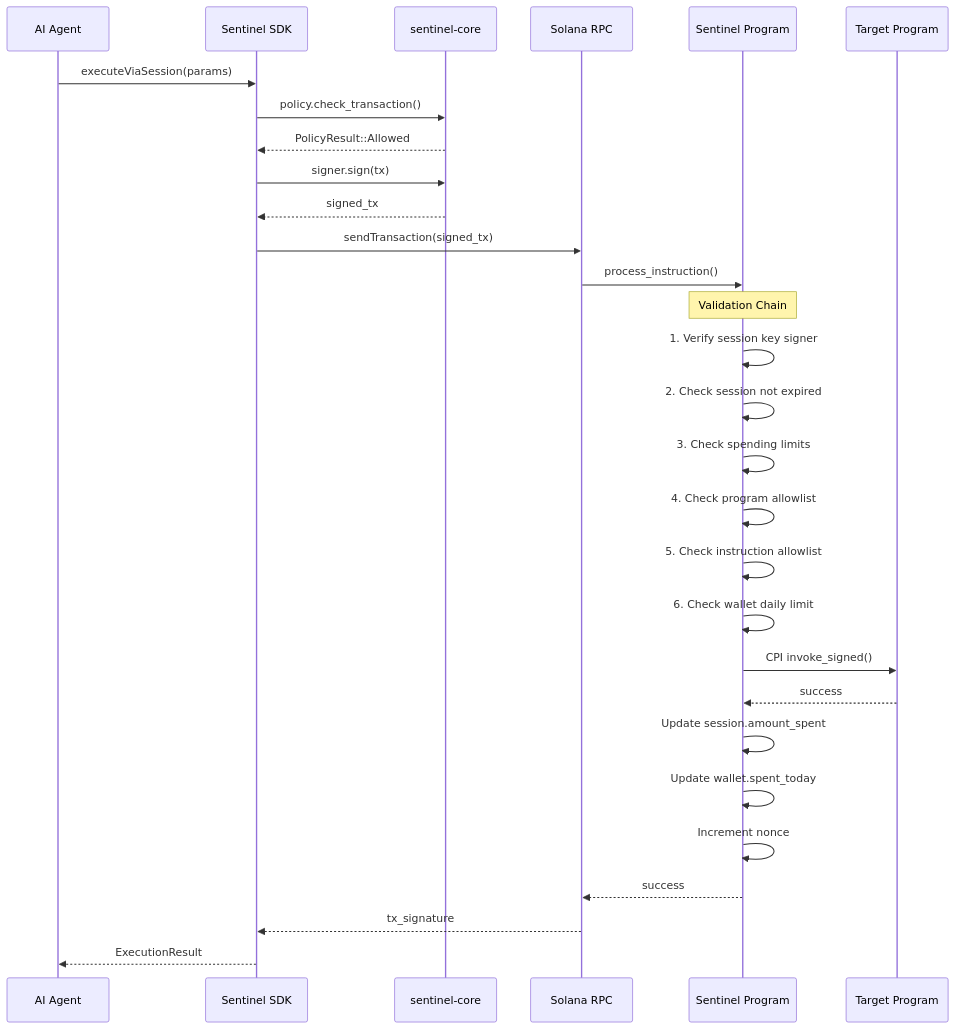
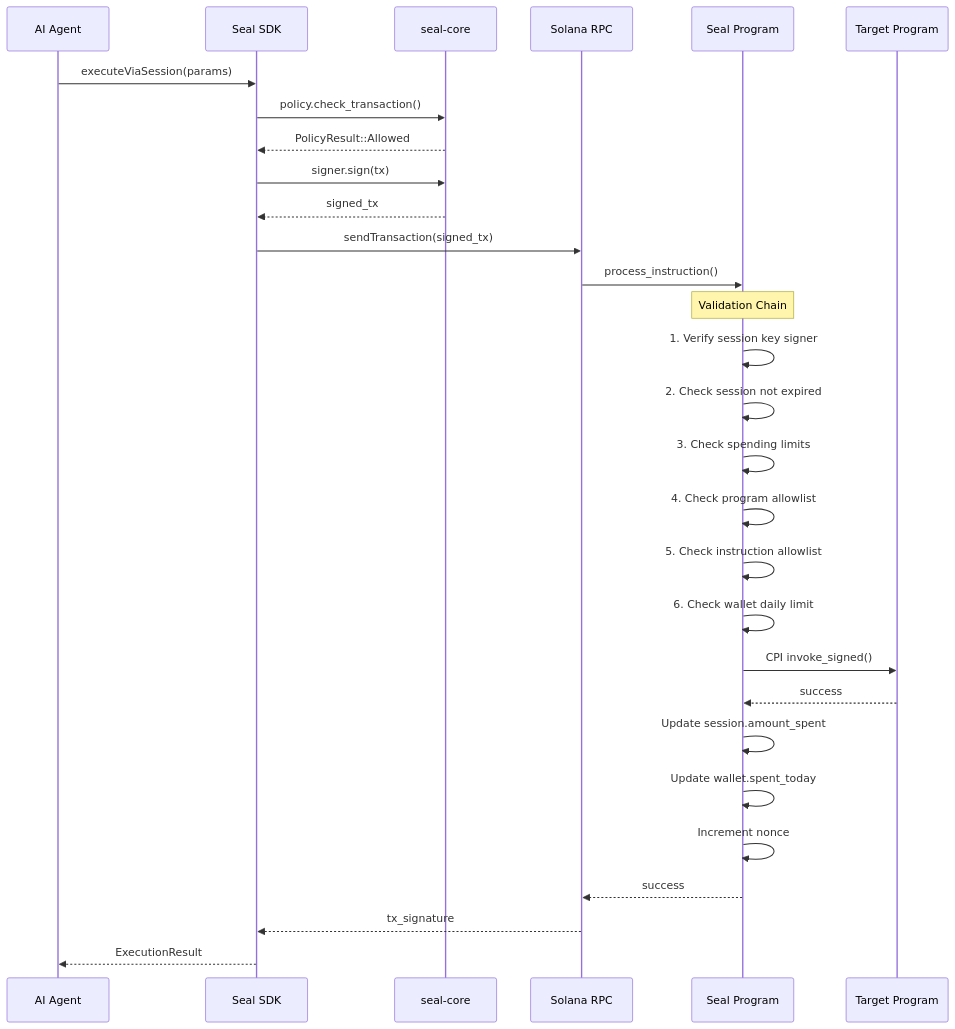
The third of 8 diagrams in ARCHITECTURE.md (Immadominion/sentinel), drawn with Mermaid before and after one commit. The commit also changed other lines of this file and 176 other files, not shown here.

Commit message:
REVAMP/ change name from Sentinel to Seal

````diff
--- a/ARCHITECTURE.md
+++ b/ARCHITECTURE.md
@@ -288,38 +288,38 @@
 ```mermaid
 sequenceDiagram
     participant Agent as AI Agent
-    participant SDK as Sentinel SDK
-    participant Core as sentinel-core
+    participant SDK as Seal SDK
+    participant Core as seal-core
     participant RPC as Solana RPC
-    participant Program as Sentinel Program
+    participant Program as Seal Program
     participant Target as Target Program
 
     Agent->>SDK: executeViaSession(params)
     SDK->>Core: policy.check_transaction()
     Core-->>SDK: PolicyResult::Allowed
 
     SDK->>Core: signer.sign(tx)
     Core-->>SDK: signed_tx
 
     SDK->>RPC: sendTransaction(signed_tx)
     RPC->>Program: process_instruction()
 
     Note over Program: Validation Chain
     Program->>Program: 1. Verify session key signer
     Program->>Program: 2. Check session not expired
     Program->>Program: 3. Check spending limits
     Program->>Program: 4. Check program allowlist
     Program->>Program: 5. Check instruction allowlist
     Program->>Program: 6. Check wallet daily limit
 
     Program->>Target: CPI invoke_signed()
     Target-->>Program: success
 
     Program->>Program: Update session.amount_spent
     Program->>Program: Update wallet.spent_today
     Program->>Program: Increment nonce
 
     Program-->>RPC: success
     RPC-->>SDK: tx_signature
     SDK-->>Agent: ExecutionResult
 ```
````
